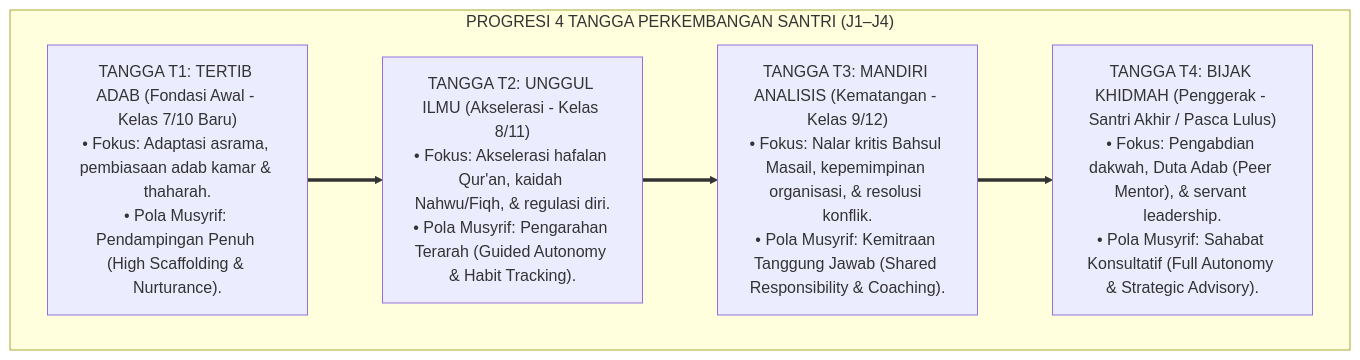
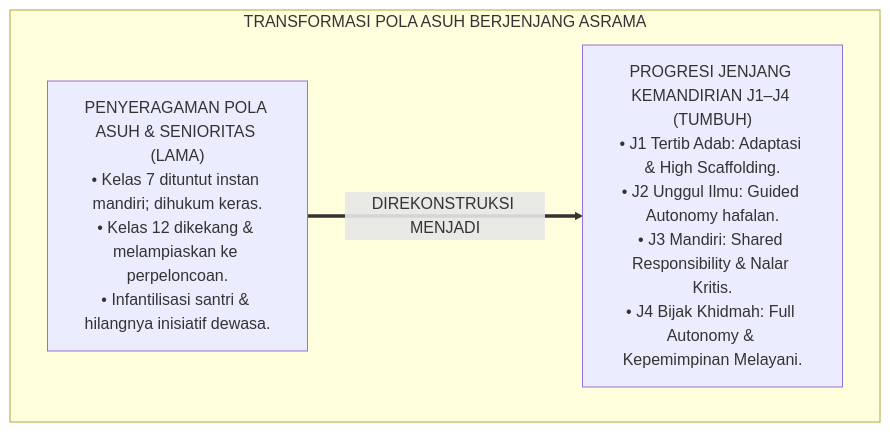
Before and after one commit to wandiapriliyandi/tumbuh: the first of 2 diagrams in 02 Principles/04 Development Principles/P2-04-03-Prinsip-Progresi-Tangga-TUMBUH-T1-T4.md, drawn with Mermaid. The commit also changed other lines of this file and 7 other files, not shown here.

````diff
--- a/02 Principles/04 Development Principles/P2-04-03-Prinsip-Progresi-Tangga-TUMBUH-T1-T4.md
+++ b/02 Principles/04 Development Principles/P2-04-03-Prinsip-Progresi-Tangga-TUMBUH-T1-T4.md
@@ -61,14 +56,10 @@
 ```mermaid
 flowchart TD
-    subgraph ArsitekturTanggaTUMBUH["PROGRESI 4 TANGGA PERKEMBANGAN SANTRI (J1–J4)"]
-        T1["TANGGA T1: TERTIB ADAB (Fondasi Awal - Kelas 7/10 Baru)<br/>• Fokus: Adaptasi asrama, pembiasaan adab kamar & thaharah.<br/>• Pola Musyrif: Pendampingan Penuh (High Scaffolding & Nurturance)."]
+    subgraph TransformasiPolaAsuhBerjenjang["TRANSFORMASI POLA ASUH BERJENJANG ASRAMA"]
+        PolaSeragamLama["PENYERAGAMAN POLA ASUH & SENIORITAS (LAMA)<br/>• Kelas 7 dituntut instan mandiri; dihukum keras.<br/>• Kelas 12 dikekang & melampiaskan ke perpeloncoan.<br/>• Infantilisasi santri & hilangnya inisiatif dewasa."]
         
-        T2["TANGGA T2: UNGGUL ILMU (Akselerasi - Kelas 8/11)<br/>• Fokus: Akselerasi hafalan Qur'an, kaidah Nahwu/Fiqh, & regulasi diri.<br/>• Pola Musyrif: Pengarahan Terarah (Guided Autonomy & Habit Tracking)."]
+        PolaJenjangTUMBUH["PROGRESI JENJANG KEMANDIRIAN J1–J4 (TUMBUH)<br/>• J1 Tertib Adab: Adaptasi & High Scaffolding.<br/>• J2 Unggul Ilmu: Guided Autonomy hafalan.<br/>• J3 Mandiri: Shared Responsibility & Nalar Kritis.<br/>• J4 Bijak Khidmah: Full Autonomy & Kepemimpinan Melayani."]
         
-        T3["TANGGA T3: MANDIRI ANALISIS (Kematangan - Kelas 9/12)<br/>• Fokus: Nalar kritis Bahsul Masail, kepemimpinan organisasi, & resolusi konflik.<br/>• Pola Musyrif: Kemitraan Tanggung Jawab (Shared Responsibility & Coaching)."]
-        
-        T4["TANGGA T4: BIJAK KHIDMAH (Penggerak - Santri Akhir / Pasca Lulus)<br/>• Fokus: Pengabdian dakwah, Duta Adab (Peer Mentor), & servant leadership.<br/>• Pola Musyrif: Sahabat Konsultatif (Full Autonomy & Strategic Advisory)."]
-        
-        T1 ==> T2 ==> T3 ==> T4
+        PolaSeragamLama ==>|DIREKONSTRUKSI MENJADI| PolaJenjangTUMBUH
     end
 ```
````
